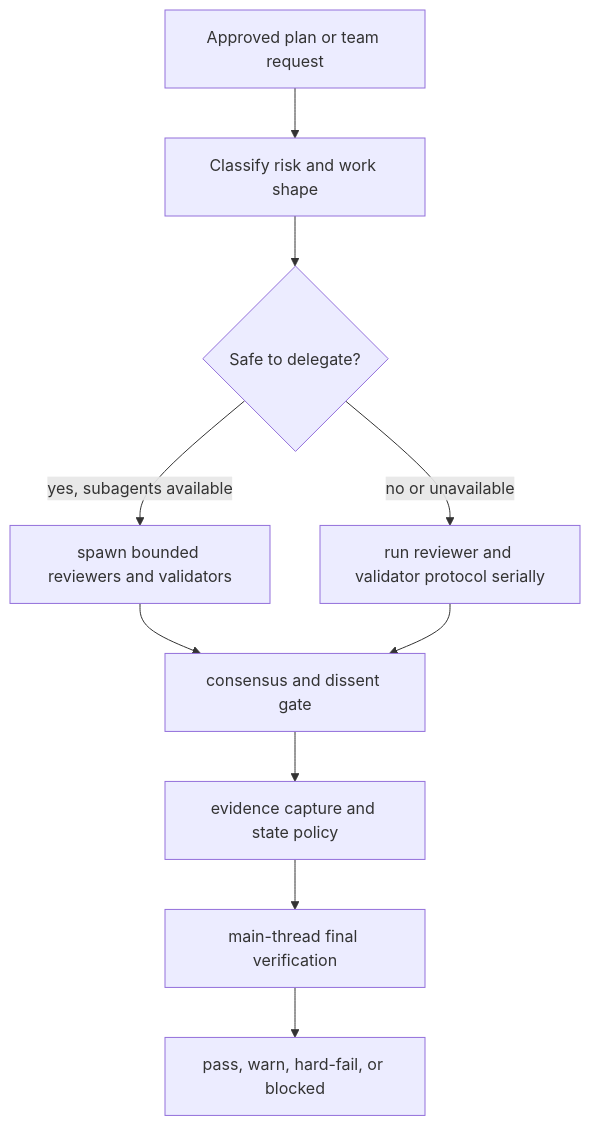
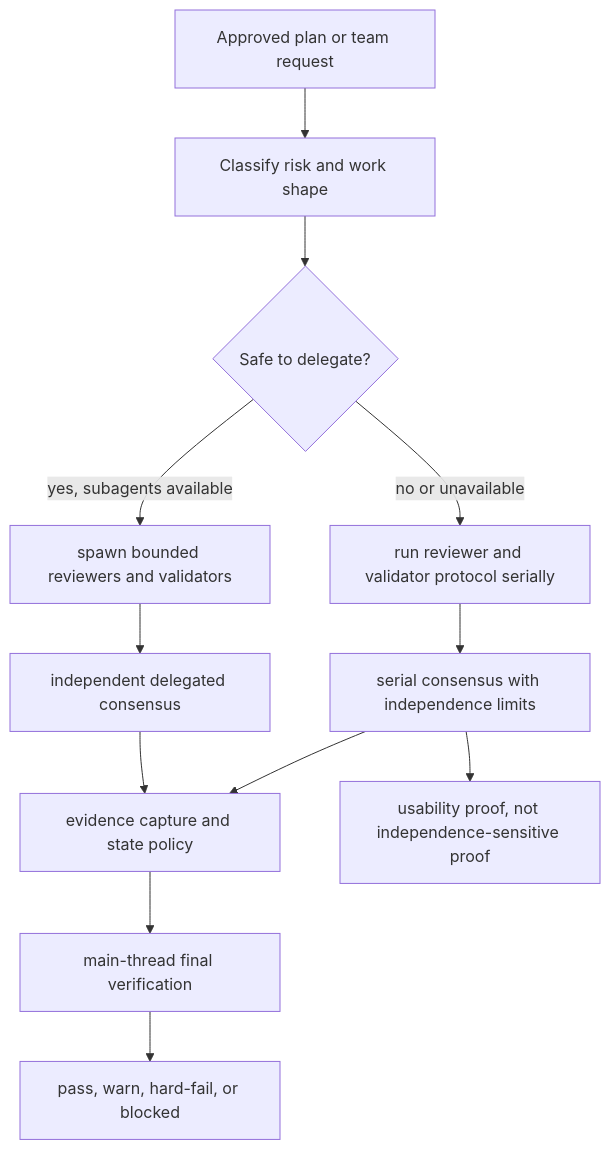
The third of 4 diagrams in docs/plans/2026-06-06-001-feat-saga-family-replacement-plan.md (infiquetra/infiquetra-codex-plugins), drawn with Mermaid before and after one commit. The commit also changed other lines of this file, not shown here.

````diff
--- a/docs/plans/2026-06-06-001-feat-saga-family-replacement-plan.md
+++ b/docs/plans/2026-06-06-001-feat-saga-family-replacement-plan.md
@@ -202,12 +242,14 @@
 ```mermaid
 flowchart TB
   Plan[Approved plan or team request] --> Classify[Classify risk and work shape]
   Classify --> Safety{Safe to delegate?}
   Safety -->|yes, subagents available| Delegate[spawn bounded reviewers and validators]
   Safety -->|no or unavailable| Serial[run reviewer and validator protocol serially]
-  Delegate --> Consensus[consensus and dissent gate]
-  Serial --> Consensus
-  Consensus --> Evidence[evidence capture and state policy]
+  Delegate --> DelegatedConsensus[independent delegated consensus]
+  Serial --> SerialConsensus[serial consensus with independence limits]
+  DelegatedConsensus --> Evidence[evidence capture and state policy]
+  SerialConsensus --> Evidence
   Evidence --> Verify[main-thread final verification]
   Verify --> Outcome[pass, warn, hard-fail, or blocked]
+  SerialConsensus --> UsabilityProof[usability proof, not independence-sensitive proof]
 ```
````
